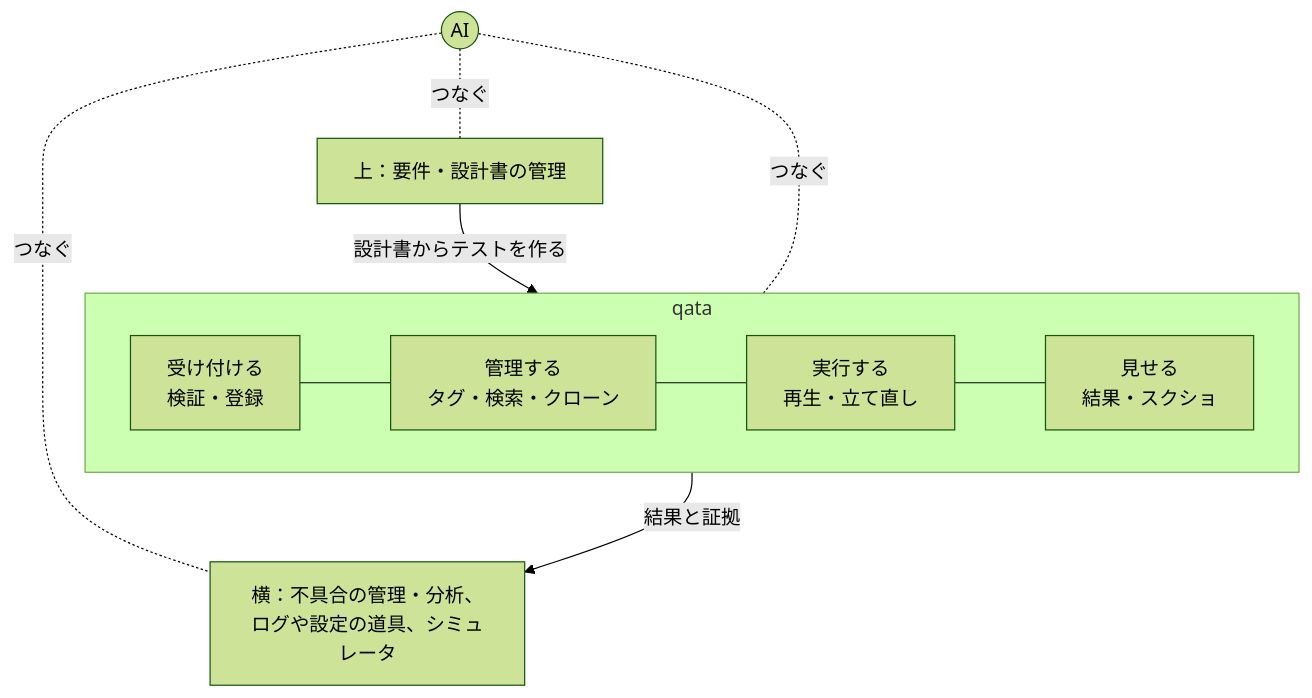
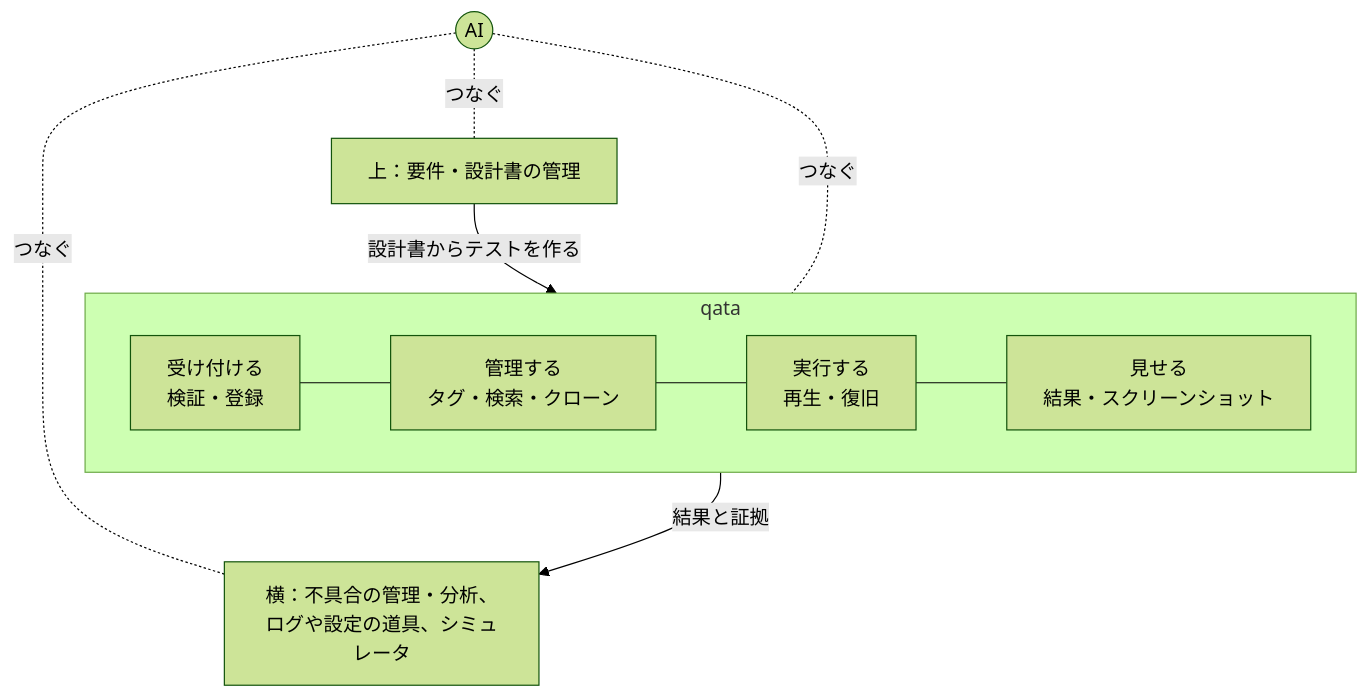
The first of 3 diagrams in qata/docs/decisions.md (masakazu2025/qata-agent-lab), drawn with Mermaid (forest theme) before and after one commit. The commit also changed other lines of this file and 34 other files, not shown here.

````diff
--- a/qata/docs/decisions.md
+++ b/qata/docs/decisions.md
@@ -210,9 +220,9 @@
 ```mermaid
 flowchart TD
   U[上：要件・設計書の管理] -->|設計書からテストを作る| Q
   subgraph Q[qata]
-    q1[受け付ける<br>検証・登録] --- q2[管理する<br>タグ・検索・クローン] --- q3[実行する<br>再生・立て直し] --- q4[見せる<br>結果・スクショ]
+    q1[受け付ける<br>検証・登録] --- q2[管理する<br>タグ・検索・クローン] --- q3[実行する<br>再生・復旧] --- q4[見せる<br>結果・スクリーンショット]
   end
   Q -->|結果と証拠| S[横：不具合の管理・分析、ログや設定の道具、シミュレータ]
   AI((AI)) -.つなぐ.- U & Q & S
 ```
````
